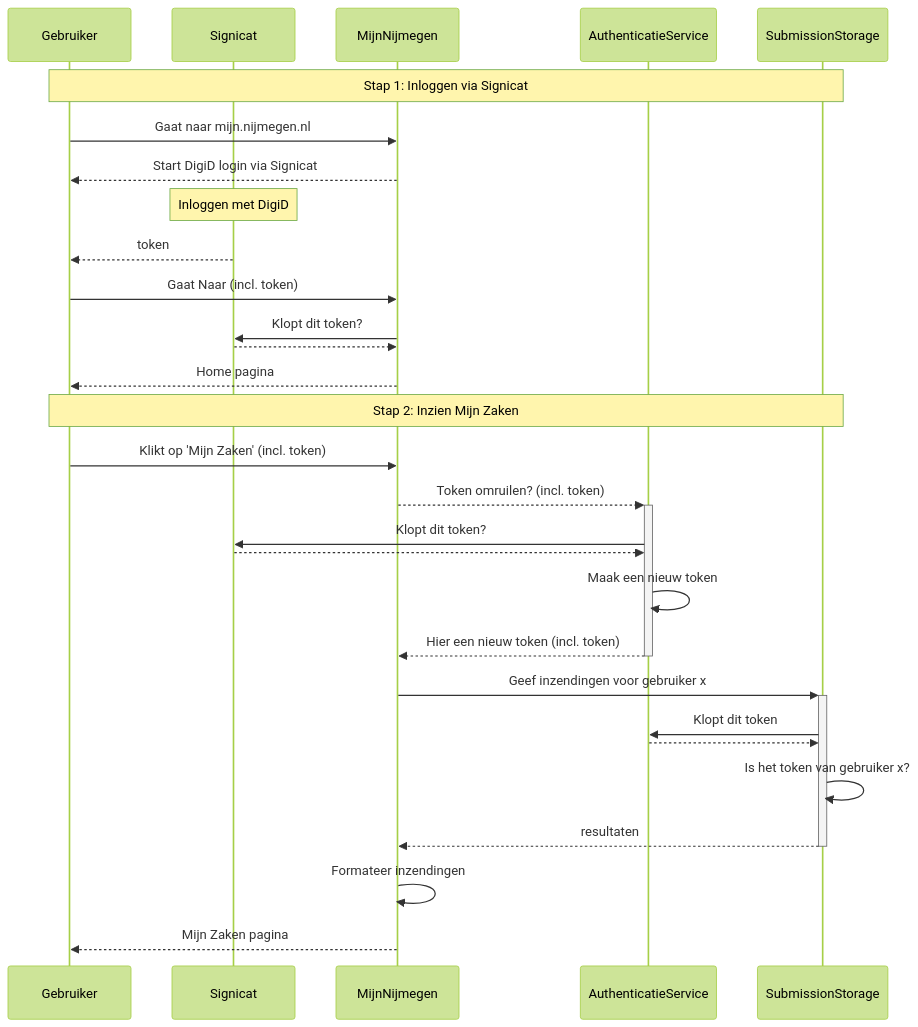
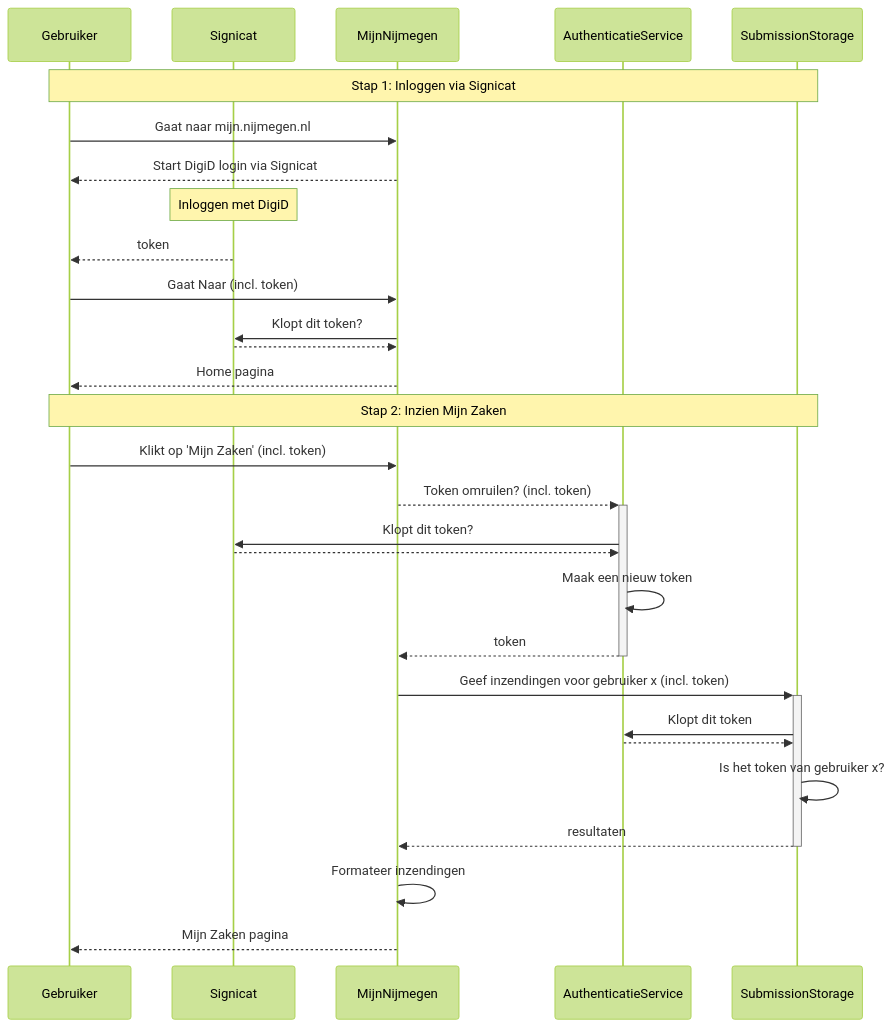
The diagram in docs/API-Authenticatie.md (GemeenteNijmegen/poc-authentication-service), drawn with Mermaid (forest theme) before and after one commit.

Commit message:
docs: improve sequence diagram consistency

````diff
--- a/docs/API-Authenticatie.md
+++ b/docs/API-Authenticatie.md
@@ -44,38 +44,38 @@
 ```mermaid
 sequenceDiagram
 participant Gebruiker
 participant Signicat
 participant MijnNijmegen
 participant AuthenticatieService
 participant SubmissionStorage
 
 Note over Gebruiker,SubmissionStorage: Stap 1: Inloggen via Signicat
 Gebruiker->>MijnNijmegen: Gaat naar mijn.nijmegen.nl
 MijnNijmegen-->>Gebruiker: Start DigiD login via Signicat
 Note over Signicat: Inloggen met DigiD
 Signicat-->>Gebruiker: token
 Gebruiker->>MijnNijmegen: Gaat Naar (incl. token)
 MijnNijmegen->>Signicat: Klopt dit token?
 Signicat-->>MijnNijmegen: 
 MijnNijmegen-->>Gebruiker: Home pagina
 
 
 
 
 Note over Gebruiker,SubmissionStorage: Stap 2: Inzien Mijn Zaken
 Gebruiker->>MijnNijmegen: Klikt op 'Mijn Zaken' (incl. token)
 
 MijnNijmegen-->>+AuthenticatieService: Token omruilen? (incl. token)
 AuthenticatieService->>Signicat: Klopt dit token?
 Signicat-->>AuthenticatieService: 
 AuthenticatieService->>AuthenticatieService: Maak een nieuw token
-AuthenticatieService-->>-MijnNijmegen: Hier een nieuw token (incl. token)
+AuthenticatieService-->>-MijnNijmegen: token
 
-MijnNijmegen->>+SubmissionStorage: Geef inzendingen voor gebruiker x
+MijnNijmegen->>+SubmissionStorage: Geef inzendingen voor gebruiker x (incl. token)
 SubmissionStorage->>AuthenticatieService: Klopt dit token
 AuthenticatieService-->>SubmissionStorage: 
 SubmissionStorage->>SubmissionStorage: Is het token van gebruiker x?
 SubmissionStorage-->>-MijnNijmegen: resultaten
 MijnNijmegen->>MijnNijmegen: Formateer inzendingen
 MijnNijmegen-->>Gebruiker: Mijn Zaken pagina
 ```
````
